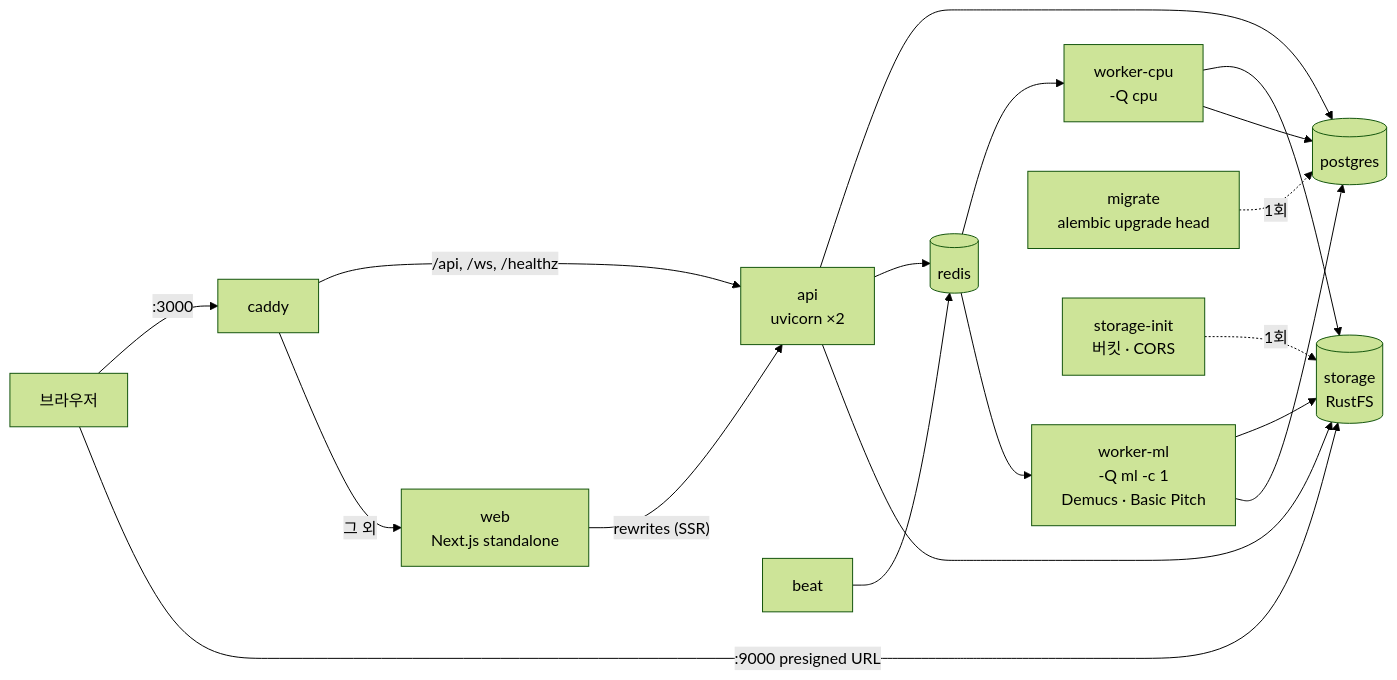
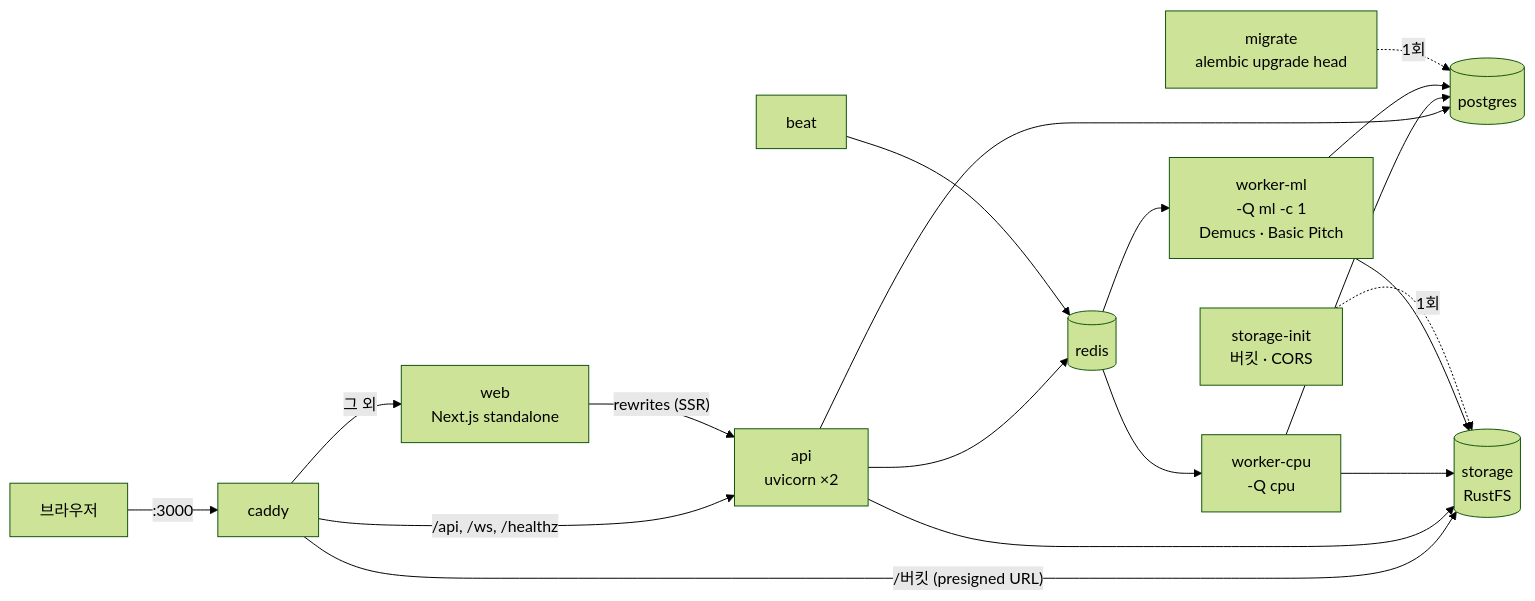
The sixth of 6 diagrams in docs/architecture.md (Ppooaadd/Both), drawn with Mermaid (forest theme) before and after one commit. The commit also changed other lines of this file and 9 other files, not shown here.

````diff
--- a/docs/architecture.md
+++ b/docs/architecture.md
@@ -538,20 +538,20 @@
 ```mermaid
 flowchart LR
     B["브라우저"] -->|":3000"| C["caddy"]
-    B -->|":9000 presigned URL"| ST[("storage<br/>RustFS")]
     C -->|"/api, /ws, /healthz"| A["api<br/>uvicorn ×2"]
+    C -->|"/버킷 (presigned URL)"| ST[("storage<br/>RustFS")]
     C -->|"그 외"| W["web<br/>Next.js standalone"]
     W -->|"rewrites (SSR)"| A
     A --> PG[("postgres")]
     A --> R[("redis")]
     A --> ST
     R --> WC["worker-cpu<br/>-Q cpu"]
     R --> WM["worker-ml<br/>-Q ml -c 1<br/>Demucs · Basic Pitch"]
     BT["beat"] --> R
     WC --> ST
     WM --> ST
     WC --> PG
     WM --> PG
     MI["migrate<br/>alembic upgrade head"] -.1회.-> PG
     SI["storage-init<br/>버킷 · CORS"] -.1회.-> ST
 ```
````
